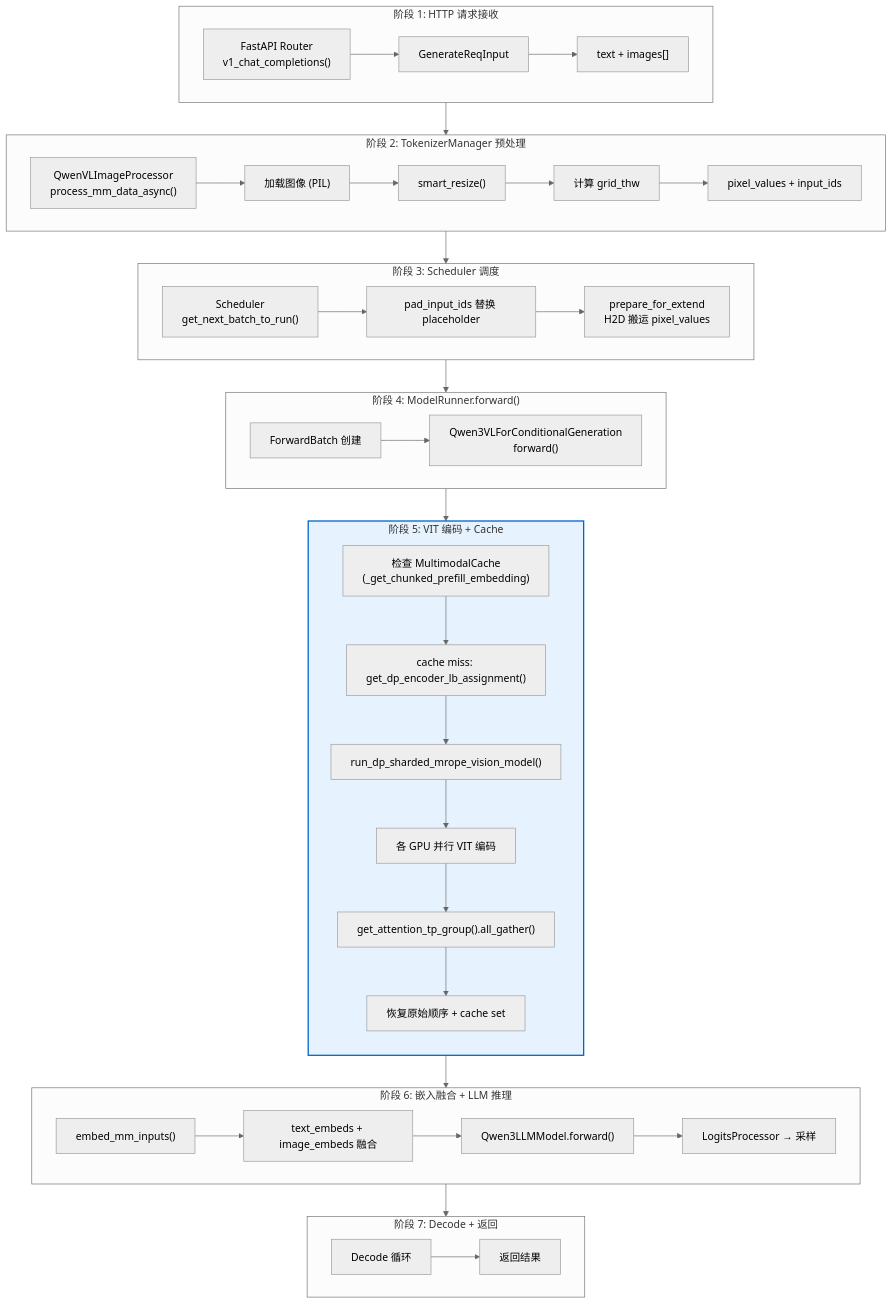
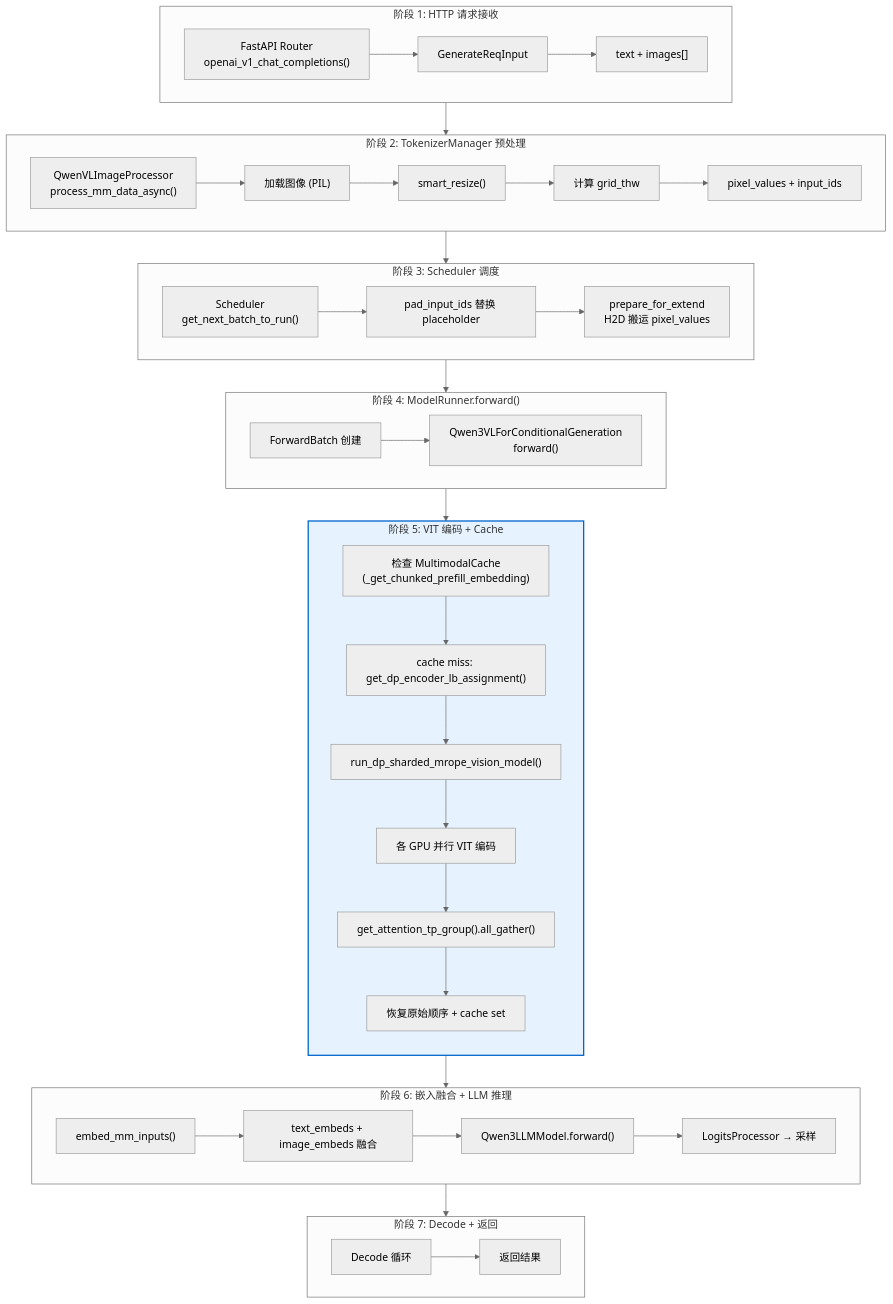
One commit to wesleyck/AIInfraNotes changed the tenth of 13 diagrams in SGLang/11-multimodal.md. Above: the diagram before and after it, drawn with Mermaid (neutral theme). The commit also changed other lines of this file and 26 other files, not shown here.

````diff
--- a/SGLang/11-multimodal.md
+++ b/SGLang/11-multimodal.md
@@ -1635,58 +1647,58 @@
 ```mermaid
 flowchart TB
     subgraph Phase1["阶段 1: HTTP 请求接收"]
-        A1["FastAPI Router<br/>v1_chat_completions()"] --> A2["GenerateReqInput"]
+        A1["FastAPI Router<br/>openai_v1_chat_completions()"] --> A2["GenerateReqInput"]
         A2 --> A3["text + images[]"]
     end
 
     subgraph Phase2["阶段 2: TokenizerManager 预处理"]
         B1["QwenVLImageProcessor<br/>process_mm_data_async()"]
         B2["加载图像 (PIL)"]
         B3["smart_resize()"]
         B4["计算 grid_thw"]
         B5["pixel_values + input_ids"]
         B1 --> B2 --> B3 --> B4 --> B5
     end
 
     subgraph Phase3["阶段 3: Scheduler 调度"]
         C1["Scheduler<br/>get_next_batch_to_run()"]
         C2["pad_input_ids 替换 placeholder"]
         C3["prepare_for_extend<br/>H2D 搬运 pixel_values"]
         C1 --> C2 --> C3
     end
 
     subgraph Phase4["阶段 4: ModelRunner.forward()"]
         D1["ForwardBatch 创建"]
         D2["Qwen3VLForConditionalGeneration<br/>forward()"]
         D1 --> D2
     end
 
     subgraph Phase5["阶段 5: VIT 编码 + Cache"]
         direction TB
         E0["检查 MultimodalCache<br/>(_get_chunked_prefill_embedding)"]
         E1["cache miss: get_dp_encoder_lb_assignment()"]
         E2["run_dp_sharded_mrope_vision_model()"]
         E3["各 GPU 并行 VIT 编码"]
         E4["get_attention_tp_group().all_gather()"]
         E5["恢复原始顺序 + cache set"]
         E0 --> E1 --> E2 --> E3 --> E4 --> E5
     end
 
     subgraph Phase6["阶段 6: 嵌入融合 + LLM 推理"]
         F1["embed_mm_inputs()"]
         F2["text_embeds + image_embeds 融合"]
         F3["Qwen3LLMModel.forward()"]
         F4["LogitsProcessor → 采样"]
         F1 --> F2 --> F3 --> F4
     end
 
     subgraph Phase7["阶段 7: Decode + 返回"]
         G1["Decode 循环"]
         G2["返回结果"]
         G1 --> G2
     end
 
     Phase1 --> Phase2 --> Phase3 --> Phase4 --> Phase5 --> Phase6 --> Phase7
 
     style Phase5 fill:#e6f3ff,stroke:#0066cc,stroke-width:2px
 ```
````
